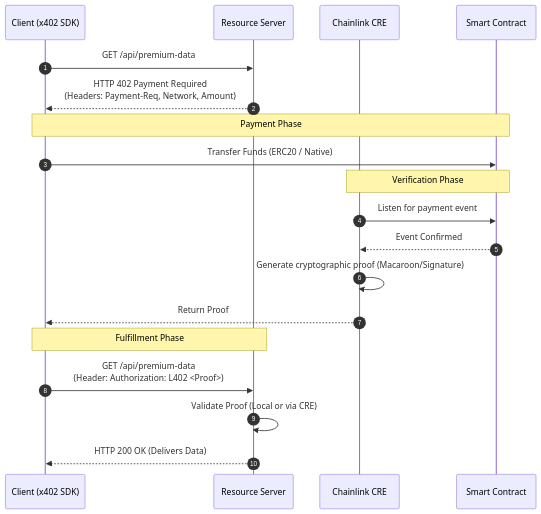
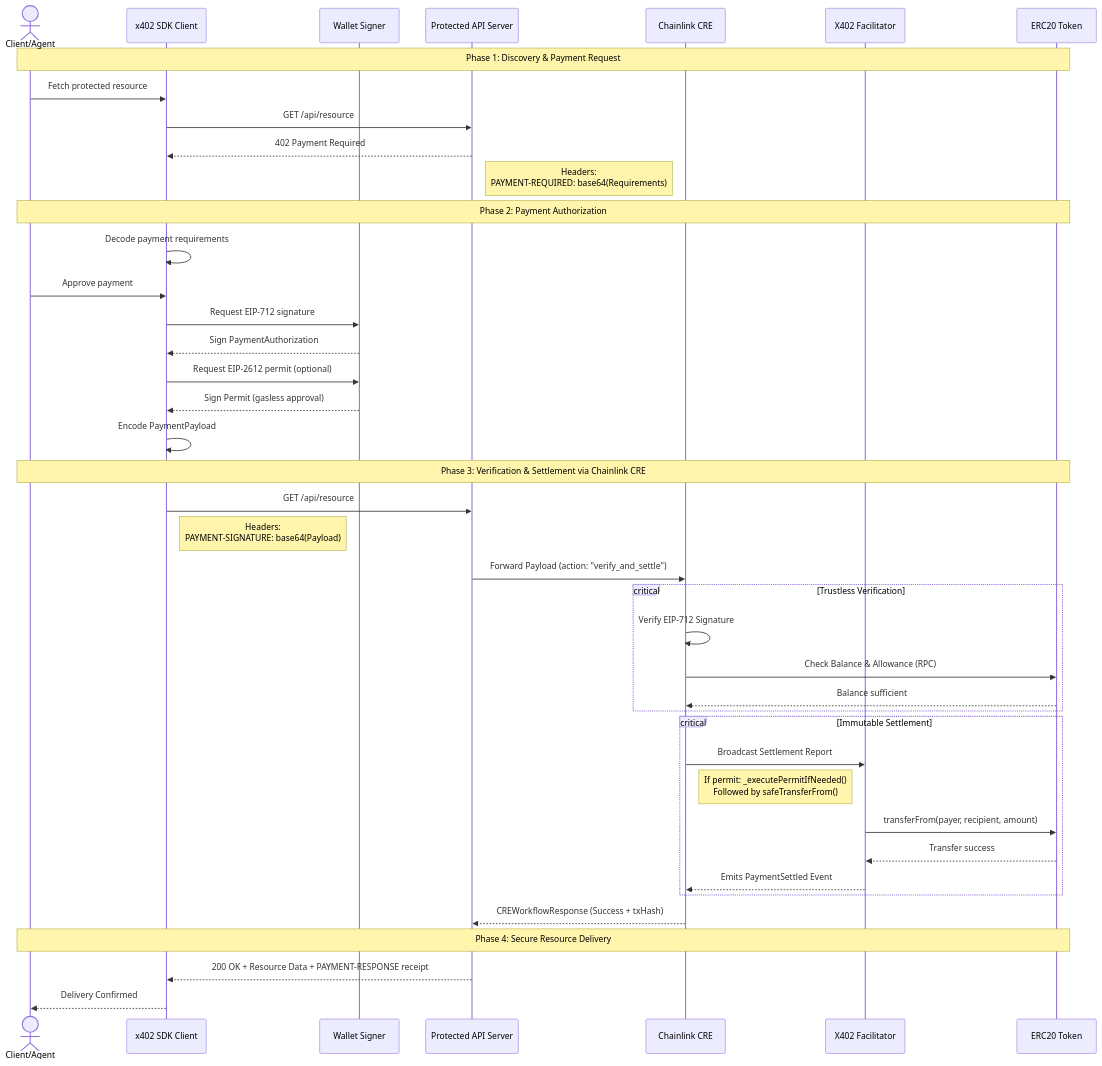
The diagram in README.md (startup-dreamer/x402-chainlink), drawn with Mermaid before and after one commit. The commit also changed other lines of this file and 309 other files, not shown here.

````diff
--- a/README.md
+++ b/README.md
@@ -149,26 +66,52 @@
 ```mermaid
 sequenceDiagram
-    autonumber
-    participant User as Client (x402 SDK)
-    participant Server as Resource Server
+    actor User as Client/Agent
+    participant SDK as x402 SDK Client
+    participant Wallet as Wallet Signer
+    participant API as Protected API Server
     participant CRE as Chainlink CRE
-    participant Blockchain as Smart Contract
+    participant Contract as X402 Facilitator
+    participant Token as ERC20 Token
 
-    User->>Server: GET /api/premium-data
-    Server-->>User: HTTP 402 Payment Required <br/> (Headers: Payment-Req, Network, Amount)
+    Note over User,Token: Phase 1: Discovery & Payment Request
+    User->>SDK: Fetch protected resource
+    SDK->>API: GET /api/resource
+    API-->>SDK: 402 Payment Required
+    Note right of API: Headers:<br/>PAYMENT-REQUIRED: base64(Requirements)
+
+    Note over User,Token: Phase 2: Payment Authorization
+    SDK->>SDK: Decode payment requirements
+    User->>SDK: Approve payment
+    SDK->>Wallet: Request EIP-712 signature
+    Wallet-->>SDK: Sign PaymentAuthorization
+    SDK->>Wallet: Request EIP-2612 permit (optional)
+    Wallet-->>SDK: Sign Permit (gasless approval)
+    SDK->>SDK: Encode PaymentPayload
+
+    Note over User,Token: Phase 3: Verification & Settlement via Chainlink CRE
+    SDK->>API: GET /api/resource
+    Note right of SDK: Headers:<br/>PAYMENT-SIGNATURE: base64(Payload)
+    API->>CRE: Forward Payload (action: "verify_and_settle")
     
-    Note over User,Blockchain: Payment Phase
-    User->>Blockchain: Transfer Funds (ERC20 / Native)
+    %% CRITICAL: Off-chain Verification
+    critical Trustless Verification
+        CRE->>CRE: Verify EIP-712 Signature
+        CRE->>Token: Check Balance & Allowance (RPC)
+        Token-->>CRE: Balance sufficient
+    end
     
-    Note over CRE,Blockchain: Verification Phase
-    CRE->>Blockchain: Listen for payment event
-    Blockchain-->>CRE: Event Confirmed
-    CRE->>CRE: Generate cryptographic proof (Macaroon/Signature)
-    CRE-->>User: Return Proof
+    %% CRITICAL: On-chain Settlement
+    critical Immutable Settlement
+        CRE->>Contract: Broadcast Settlement Report
+        Note right of CRE: If permit: _executePermitIfNeeded()<br/>Followed by safeTransferFrom()
+        Contract->>Token: transferFrom(payer, recipient, amount)
+        Token-->>Contract: Transfer success
+        Contract-->>CRE: Emits PaymentSettled Event
+    end
     
-    Note over User,Server: Fulfillment Phase
-    User->>Server: GET /api/premium-data <br/> (Header: Authorization: L402 <Proof>)
-    Server->>Server: Validate Proof (Local or via CRE)
-    Server-->>User: HTTP 200 OK (Delivers Data)
+    CRE-->>API: CREWorkflowResponse (Success + txHash)
 
+    Note over User,Token: Phase 4: Secure Resource Delivery
+    API-->>SDK: 200 OK + Resource Data + PAYMENT-RESPONSE receipt
+    SDK-->>User: Delivery Confirmed
 ```
````
